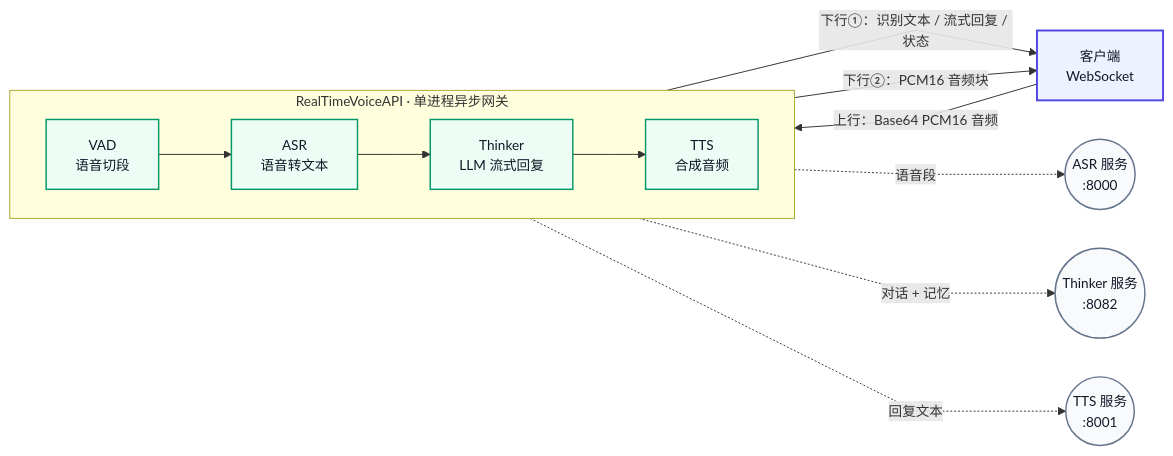
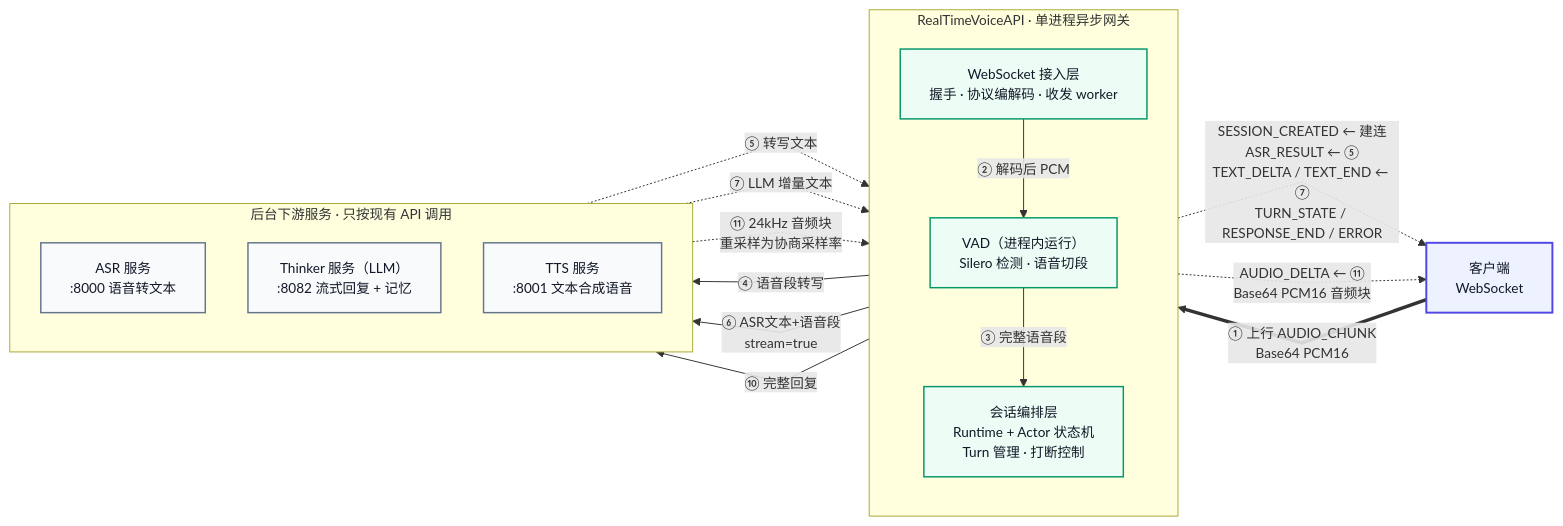
The diagram in README.md (JetChennn/RealTimeVoiceApi), drawn with Mermaid before and after one commit.

Commit message:
docs: fix README architecture diagram to match actual data flow
Show the WebSocket access layer and in-process VAD inside the gateway,
route all downstream messages through the orchestration layer with their
true sources (ASR text, Thinker deltas, TTS audio), instead of implying
that client-bound text originates from the TTS stage.

````diff
--- a/README.md
+++ b/README.md
@@ -5,31 +5,45 @@
 ```mermaid
-%%{init: {"flowchart": {"curve": "linear", "nodeSpacing": 40, "rankSpacing": 50}, "themeVariables": {"fontSize": "14px"}}}%%
+%%{init: {"flowchart": {"curve": "linear", "nodeSpacing": 44, "rankSpacing": 56}, "themeVariables": {"fontSize": "14px"}}}%%
 flowchart LR
     C["客户端<br/>WebSocket"]
 
     subgraph G["RealTimeVoiceAPI · 单进程异步网关"]
-        direction LR
-        V["VAD<br/>语音切段"] --> A["ASR<br/>语音转文本"]
-        A --> T["Thinker<br/>LLM 流式回复"]
-        T --> S["TTS<br/>合成音频"]
+        direction TB
+        WS["WebSocket 接入层<br/>握手 · 协议编解码 · 收发 worker"]
+        V["VAD（进程内运行）<br/>Silero 检测 · 语音切段"]
+        O["会话编排层<br/>Runtime + Actor 状态机<br/>Turn 管理 · 打断控制"]
     end
 
-    ASR(("ASR 服务<br/>:8000"))
-    TH(("Thinker 服务<br/>:8082"))
-    TT(("TTS 服务<br/>:8001"))
+    subgraph E["后台下游服务 · 只按现有 API 调用"]
+        direction TB
+        ASR["ASR 服务<br/>:8000 语音转文本"]
+        TH["Thinker 服务（LLM）<br/>:8082 流式回复 + 记忆"]
+        TT["TTS 服务<br/>:8001 文本合成语音"]
+    end
 
-    C -- "上行：Base64 PCM16 音频" --> V
-    S -- "下行①：识别文本 / 流式回复 / 状态" --> C
-    S -- "下行②：PCM16 音频块" --> C
+    %% 上行链路
+    C ==>|"① 上行 AUDIO_CHUNK<br/>Base64 PCM16"| WS
+    WS -->|"② 解码后 PCM"| V
+    V -->|"③ 完整语音段"| O
 
-    A -. "语音段" .-> ASR
-    T -. "对话 + 记忆" .-> TH
-    S -. "回复文本" .-> TT
+    %% 网关 → 下游
+    O -->|"④ 语音段转写"| ASR
+    O -->|"⑥ ASR文本+语音段<br/>stream=true"| TH
+    O -->|"⑩ 完整回复"| TT
+
+    %% 下游 → 网关
+    ASR -.->|"⑤ 转写文本"| O
+    TH -.->|"⑦ LLM 增量文本"| O
+    TT -.->|"⑪ 24kHz 音频块<br/>重采样为协商采样率"| O
+
+    %% 编排层 → 客户端（下行全部由编排层发出，源头不同）
+    O -.->|"SESSION_CREATED ← 建连<br/>ASR_RESULT ← ⑤<br/>TEXT_DELTA / TEXT_END ← ⑦<br/>TURN_STATE / RESPONSE_END / ERROR"| C
+    O -.->|"AUDIO_DELTA ← ⑪<br/>Base64 PCM16 音频块"| C
 
     classDef client fill:#EEF2FF,stroke:#4F46E5,stroke-width:2px,color:#111827;
     classDef gateway fill:#ECFDF5,stroke:#059669,stroke-width:1.5px,color:#111827;
     classDef external fill:#F8FAFC,stroke:#64748B,stroke-width:1.5px,color:#111827;
     class C client;
-    class V,A,T,S gateway;
+    class WS,V,O gateway;
     class ASR,TH,TT external;
 ```
````
